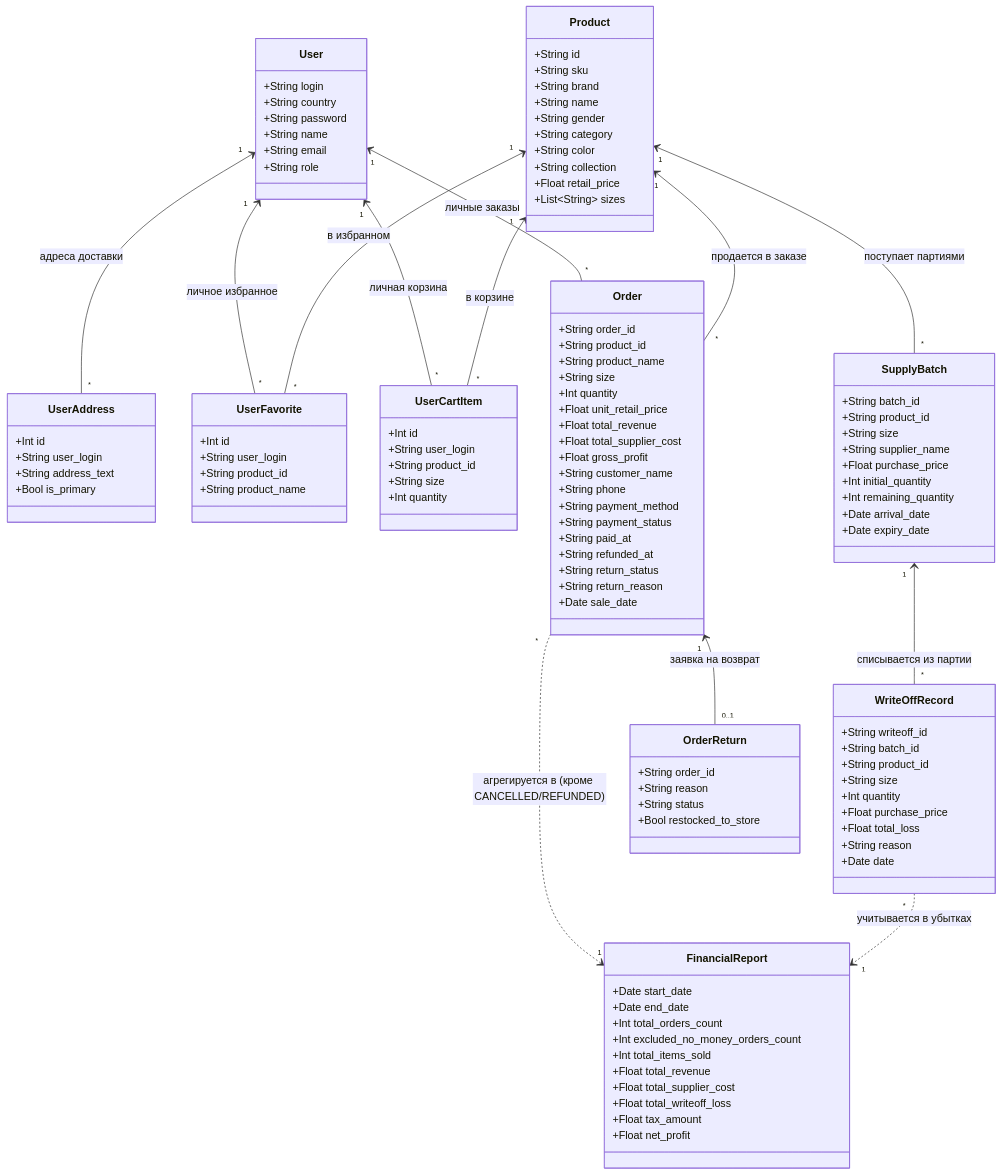
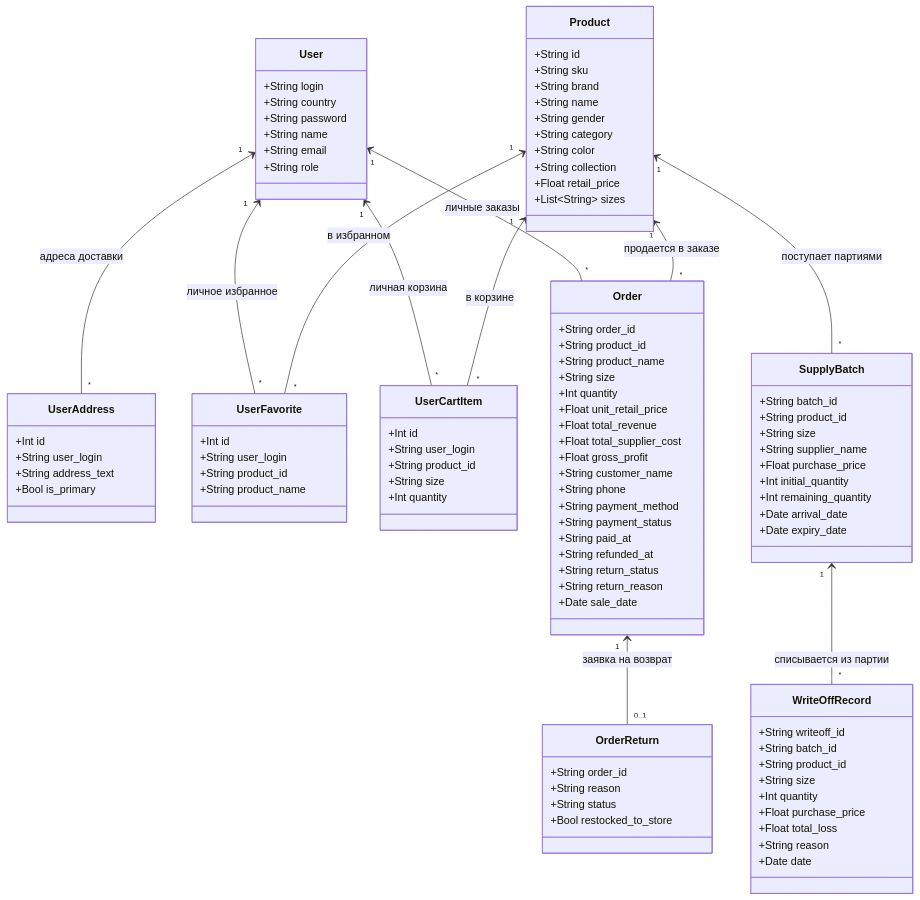
One commit to anya-gor/project2026 changed the seventh of 7 diagrams in README.md. Above: the diagram before and after it, drawn with Mermaid. The commit also changed other lines of this file and 9 other files, not shown here.

````diff
--- a/README.md
+++ b/README.md
@@ -412,19 +399,6 @@
         +Bool restocked_to_store
     }
 
-    class FinancialReport {
-        +Date start_date
-        +Date end_date
-        +Int total_orders_count
-        +Int excluded_no_money_orders_count
-        +Int total_items_sold
-        +Float total_revenue
-        +Float total_supplier_cost
-        +Float total_writeoff_loss
-        +Float tax_amount
-        +Float net_profit
-    }
-
     User "1" <-- "*" UserAddress : адреса доставки
     User "1" <-- "*" UserFavorite : личное избранное
     User "1" <-- "*" UserCartItem : личная корзина
@@ -435,6 +409,4 @@
     SupplyBatch "1" <-- "*" WriteOffRecord : списывается из партии
     Product "1" <-- "*" Order : продается в заказе
     Order "1" <-- "0..1" OrderReturn : заявка на возврат
-    Order "*" ..> "1" FinancialReport : агрегируется в (кроме CANCELLED/REFUNDED)
-    WriteOffRecord "*" ..> "1" FinancialReport : учитывается в убытках
 ```
````
